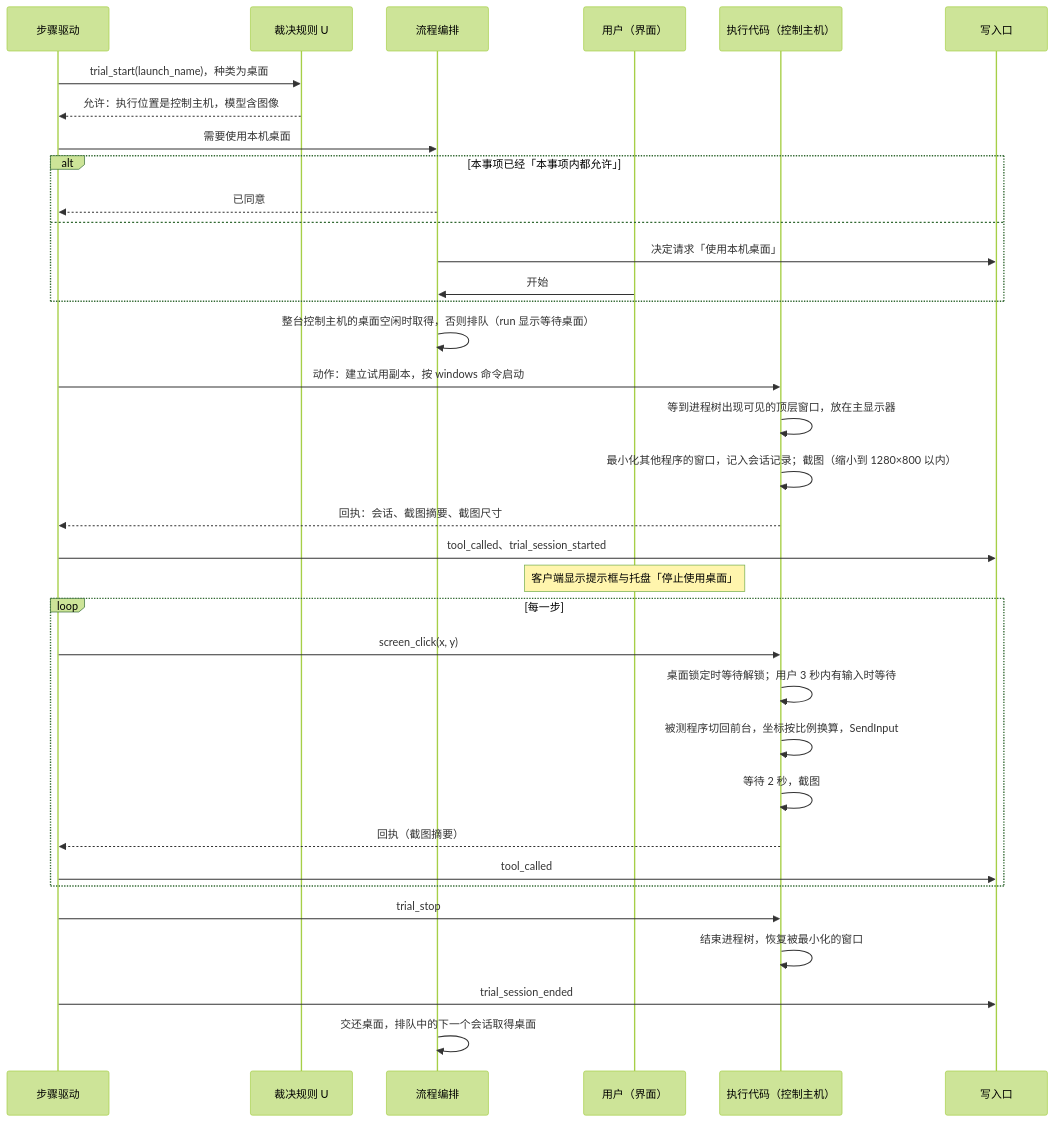
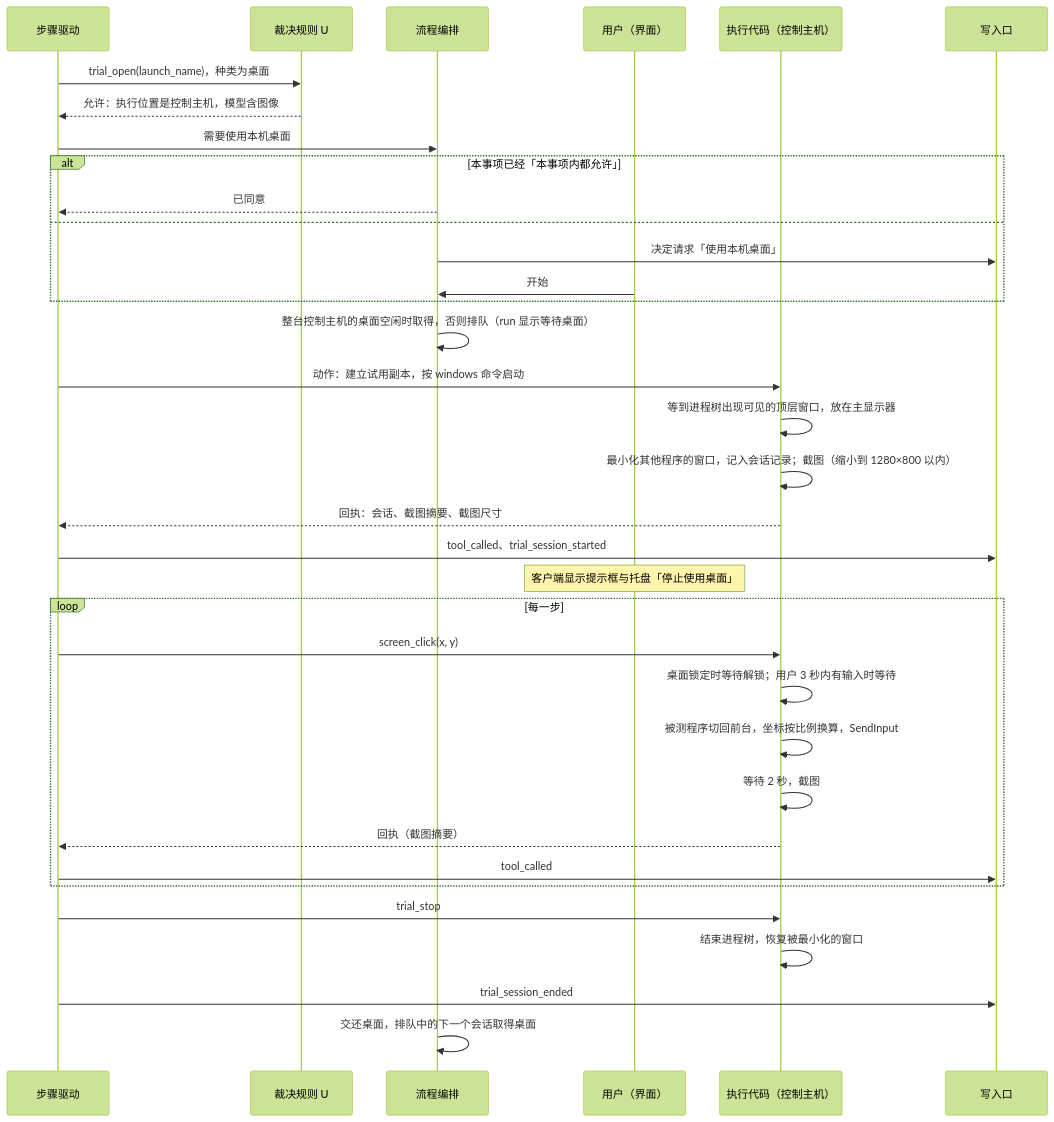
One commit to bender2333/yudao changed the fourth of 5 diagrams in docs/design/browser-and-computer-use.md. Above: the diagram before and after it, drawn with Mermaid (forest theme). The commit also changed other lines of this file and 12 other files, not shown here.

````diff
--- a/docs/design/browser-and-computer-use.md
+++ b/docs/design/browser-and-computer-use.md
@@ -475,37 +476,37 @@
 ```mermaid
 sequenceDiagram
   participant S as 步骤驱动
   participant U as 裁决规则 U
   participant O as 流程编排
   participant User as 用户（界面）
   participant A as 执行代码（控制主机）
   participant W as 写入口
-  S->>U: trial_start(launch_name)，种类为桌面
+  S->>U: trial_open(launch_name)，种类为桌面
   U-->>S: 允许：执行位置是控制主机，模型含图像
   S->>O: 需要使用本机桌面
   alt 本事项已经「本事项内都允许」
     O-->>S: 已同意
   else
     O->>W: 决定请求「使用本机桌面」
     User->>O: 开始
   end
   O->>O: 整台控制主机的桌面空闲时取得，否则排队（run 显示等待桌面）
   S->>A: 动作：建立试用副本，按 windows 命令启动
   A->>A: 等到进程树出现可见的顶层窗口，放在主显示器
   A->>A: 最小化其他程序的窗口，记入会话记录；截图（缩小到 1280×800 以内）
   A-->>S: 回执：会话、截图摘要、截图尺寸
   S->>W: tool_called、trial_session_started
   Note over User: 客户端显示提示框与托盘「停止使用桌面」
   loop 每一步
     S->>A: screen_click(x, y)
     A->>A: 桌面锁定时等待解锁；用户 3 秒内有输入时等待
     A->>A: 被测程序切回前台，坐标按比例换算，SendInput
     A->>A: 等待 2 秒，截图
     A-->>S: 回执（截图摘要）
     S->>W: tool_called
   end
   S->>A: trial_stop
   A->>A: 结束进程树，恢复被最小化的窗口
   S->>W: trial_session_ended
   O->>O: 交还桌面，排队中的下一个会话取得桌面
 ```
````
